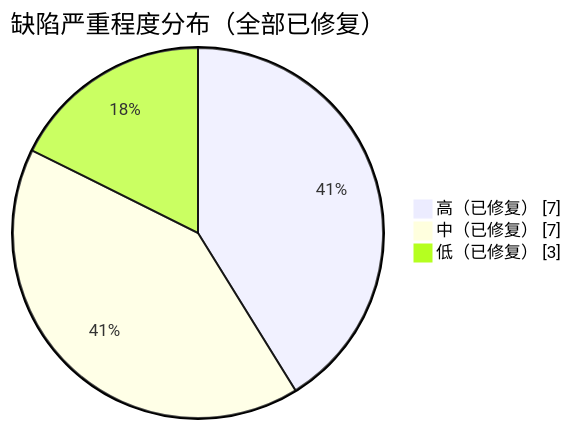
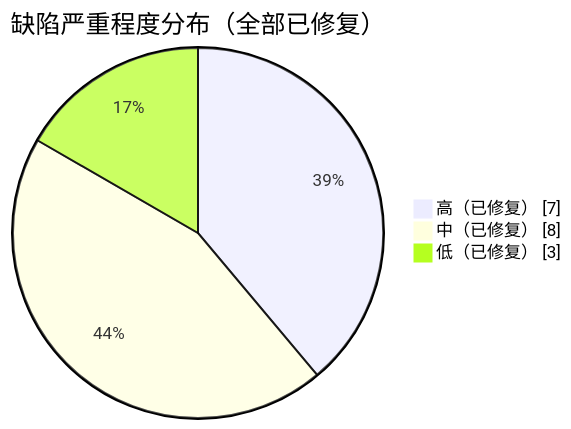
Before and after one commit to FeiTwnd/lanchat: the fourth of 4 diagrams in docs/test/测试报告.md, drawn with Mermaid. The commit also changed other lines of this file and 19 other files, not shown here.

First line of the commit message:
docs(ui): 同步精简改造与界面变更文档，补充 D-18 证据与截图

````diff
--- a/docs/test/测试报告.md
+++ b/docs/test/测试报告.md
@@ -433,6 +450,6 @@
 ```mermaid
 pie showData title 缺陷严重程度分布（全部已修复）
     "高（已修复）" : 7
-    "中（已修复）" : 7
+    "中（已修复）" : 8
     "低（已修复）" : 3
 ```
````
